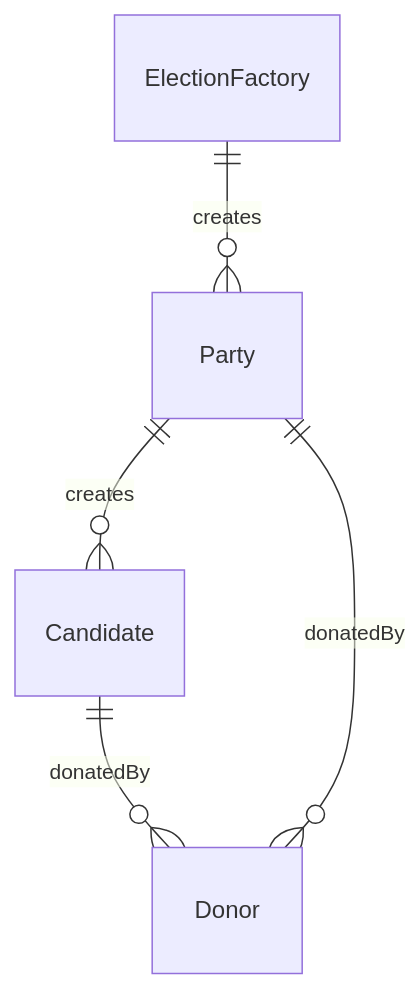
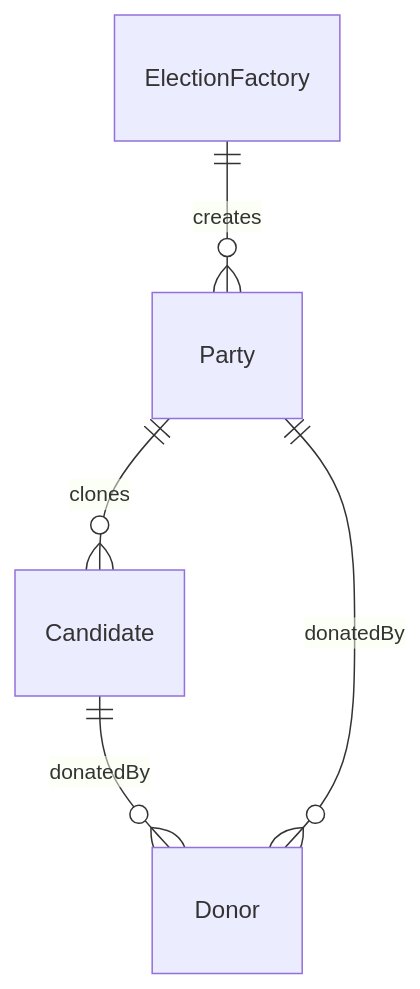
One commit to paulosergioamorim/ethereum_elections_dapp changed the second of 2 diagrams in .specs/features/candidate/plan.md. Above: the diagram before and after it, drawn with Mermaid. The commit also changed other lines of this file and 8 other files, not shown here.

First line of the commit message:
feat(candidates): party clones candidates with initialize (S1, criteria 1-7)

````diff
--- a/.specs/features/candidate/plan.md
+++ b/.specs/features/candidate/plan.md
@@ -49,7 +49,7 @@
 ```mermaid
 erDiagram
     ElectionFactory ||--o{ Party : "creates"
-    Party ||--o{ Candidate : "creates"
+    Party ||--o{ Candidate : "clones"
     Candidate ||--o{ Donor : "donatedBy"
     Party ||--o{ Donor : "donatedBy"
 ```
````
